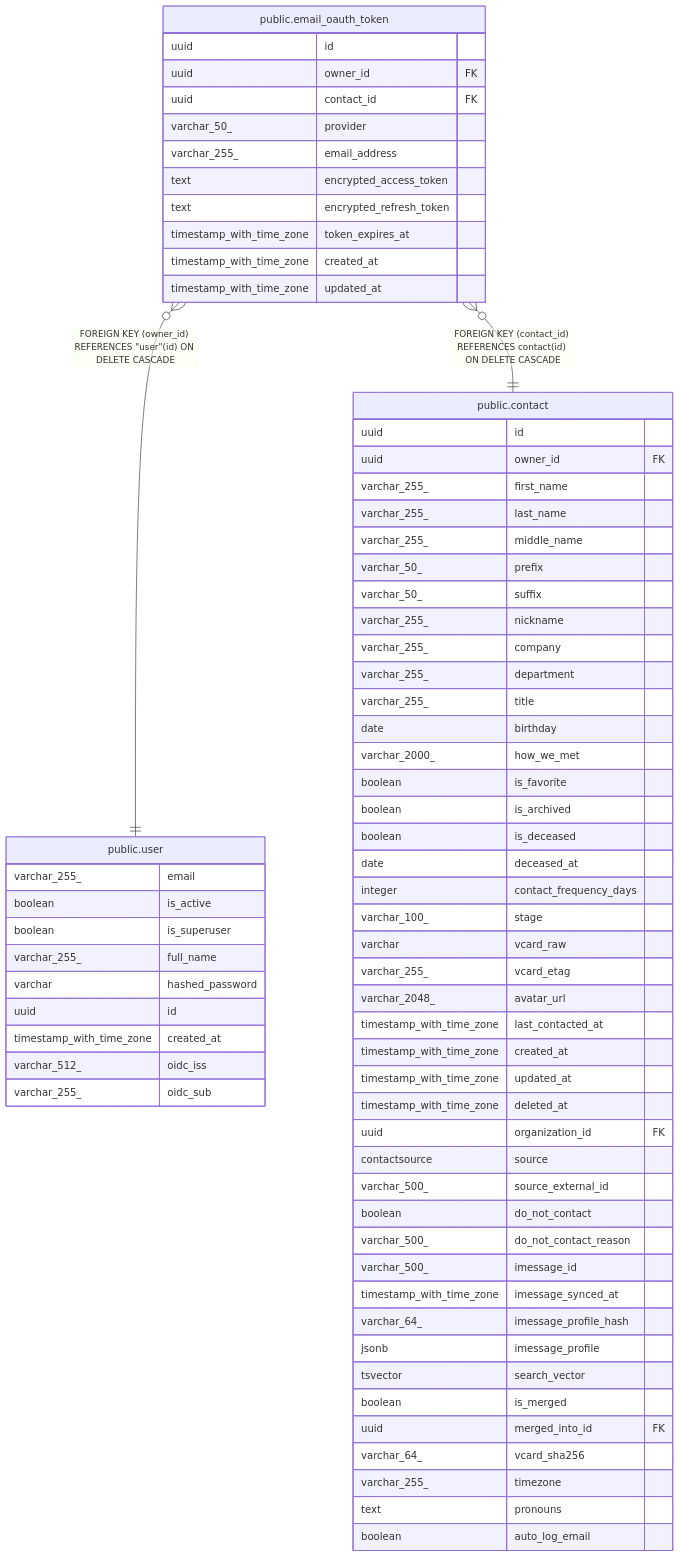
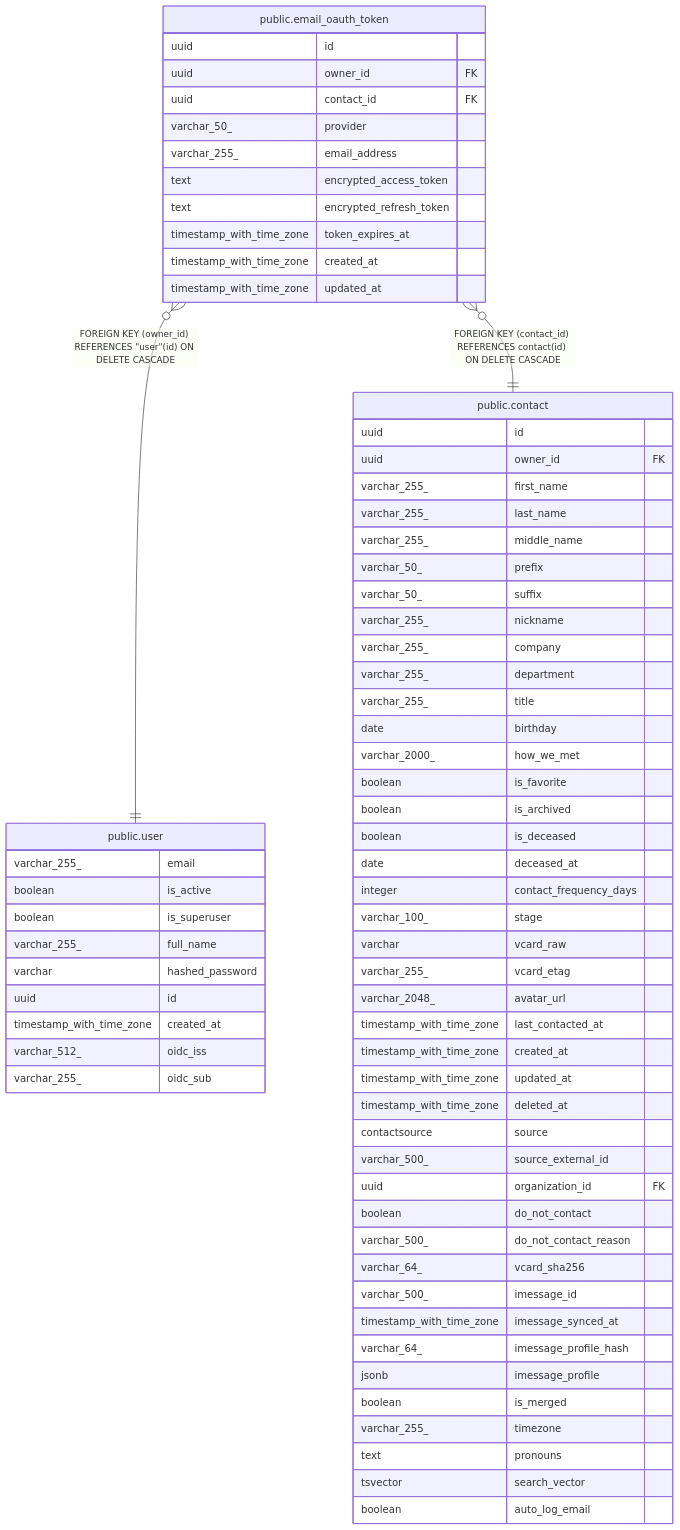
The diagram in docs/db/public.email_oauth_token.md (pike00/Kindred), drawn with Mermaid before and after one commit. The commit also changed 51 other files, not shown here.

````diff
--- a/docs/db/public.email_oauth_token.md
+++ b/docs/db/public.email_oauth_token.md
@@ -45,74 +45,73 @@
 ```mermaid
 erDiagram
 
 "public.email_oauth_token" }o--|| "public.user" : "FOREIGN KEY (owner_id) REFERENCES #quot;user#quot;(id) ON DELETE CASCADE"
 "public.email_oauth_token" }o--|| "public.contact" : "FOREIGN KEY (contact_id) REFERENCES contact(id) ON DELETE CASCADE"
 
 "public.email_oauth_token" {
   uuid id
   uuid owner_id FK
   uuid contact_id FK
   varchar_50_ provider
   varchar_255_ email_address
   text encrypted_access_token
   text encrypted_refresh_token
   timestamp_with_time_zone token_expires_at
   timestamp_with_time_zone created_at
   timestamp_with_time_zone updated_at
 }
 "public.user" {
   varchar_255_ email
   boolean is_active
   boolean is_superuser
   varchar_255_ full_name
   varchar hashed_password
   uuid id
   timestamp_with_time_zone created_at
   varchar_512_ oidc_iss
   varchar_255_ oidc_sub
 }
 "public.contact" {
   uuid id
   uuid owner_id FK
   varchar_255_ first_name
   varchar_255_ last_name
   varchar_255_ middle_name
   varchar_50_ prefix
   varchar_50_ suffix
   varchar_255_ nickname
   varchar_255_ company
   varchar_255_ department
   varchar_255_ title
   date birthday
   varchar_2000_ how_we_met
   boolean is_favorite
   boolean is_archived
   boolean is_deceased
   date deceased_at
   integer contact_frequency_days
   varchar_100_ stage
   varchar vcard_raw
   varchar_255_ vcard_etag
   varchar_2048_ avatar_url
   timestamp_with_time_zone last_contacted_at
   timestamp_with_time_zone created_at
   timestamp_with_time_zone updated_at
   timestamp_with_time_zone deleted_at
-  uuid organization_id FK
   contactsource source
   varchar_500_ source_external_id
+  uuid organization_id FK
   boolean do_not_contact
   varchar_500_ do_not_contact_reason
+  varchar_64_ vcard_sha256
   varchar_500_ imessage_id
   timestamp_with_time_zone imessage_synced_at
   varchar_64_ imessage_profile_hash
   jsonb imessage_profile
-  tsvector search_vector
   boolean is_merged
-  uuid merged_into_id FK
-  varchar_64_ vcard_sha256
   varchar_255_ timezone
   text pronouns
+  tsvector search_vector
   boolean auto_log_email
 }
 ```
````
